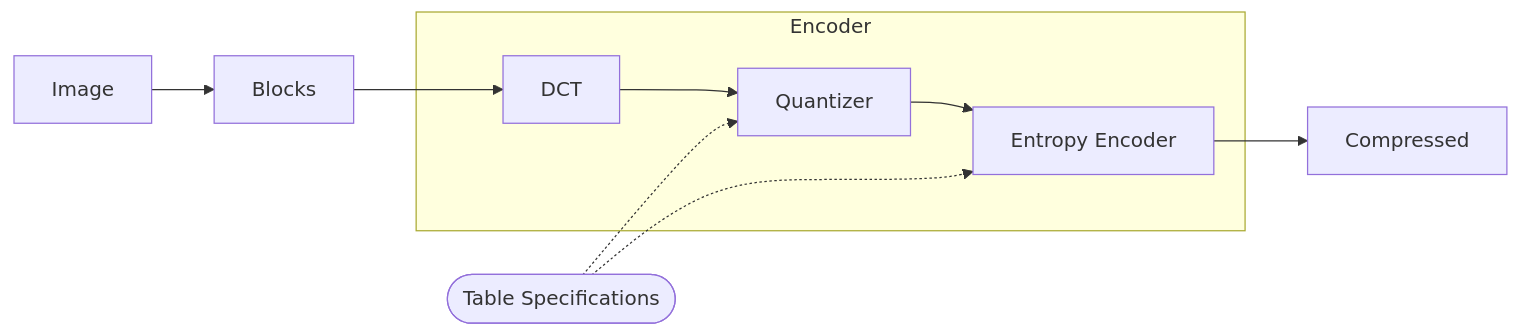
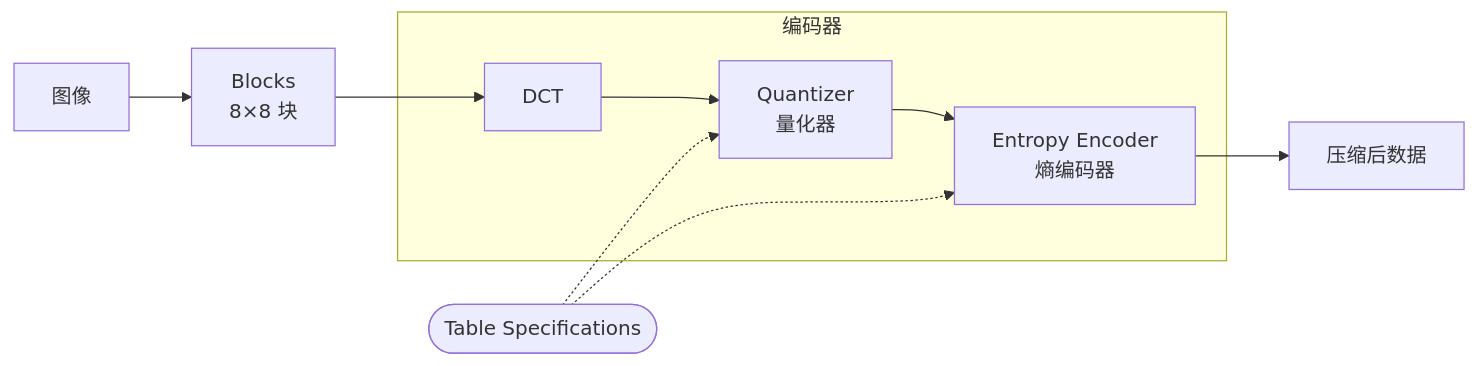
Before and after one commit to YDX-2147483647/information-theory: the first of 2 diagrams in jpeg/ReadMe.md, drawn with Mermaid. The commit also changed other lines of this file and 11 other files, not shown here.

````diff
--- a/jpeg/ReadMe.md
+++ b/jpeg/ReadMe.md
@@ -14,13 +42,13 @@
 ```mermaid
 flowchart LR
-    Image --> Blocks --> DCT
+    Image[图像] --> Blocks["Blocks<br>8×8 块"] --> DCT
 
-    subgraph Encoder
-        DCT --> Quantizer --> entropy["Entropy Encoder"]
+    subgraph 编码器
+        DCT --> Quantizer["Quantizer<br>量化器"] --> entropy["Entropy Encoder<br>熵编码器"]
     end
     
     table(["Table Specifications"]) -.-> Quantizer
     table -.-> entropy
 
-    entropy --> Compressed
+    entropy --> Compressed[压缩后数据]
 ```
````
